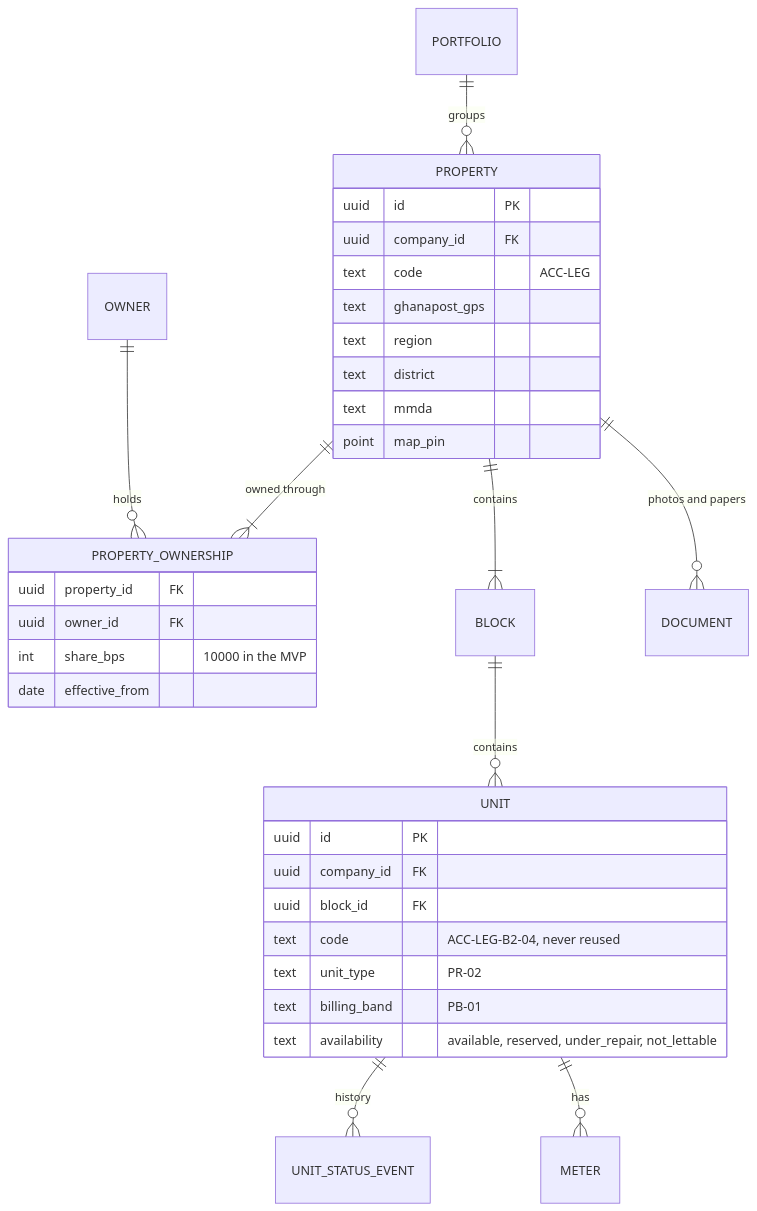
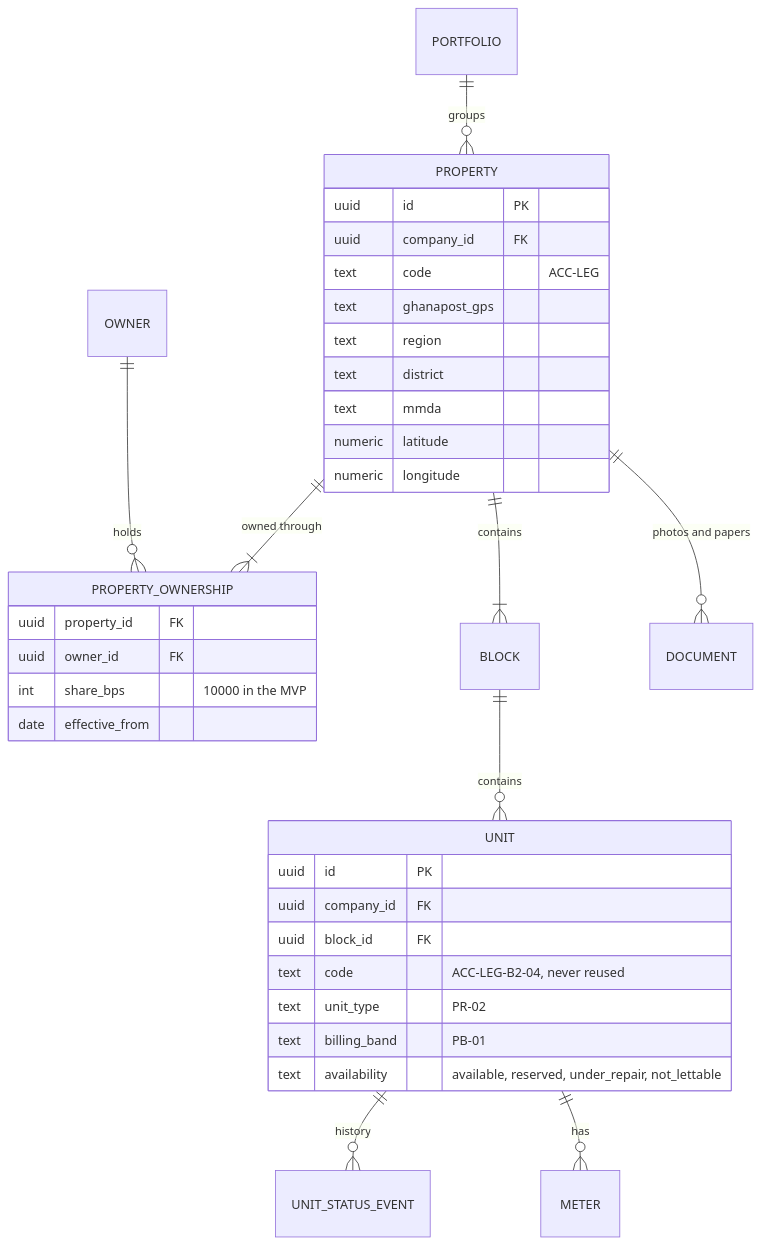
The fourth of 20 diagrams in docs/architecture.md (FrederickOB/rent-management-app), drawn with Mermaid before and after one commit. The commit also changed other lines of this file and 148 other files, not shown here.

````diff
--- a/docs/architecture.md
+++ b/docs/architecture.md
@@ -214,37 +214,38 @@
 ```mermaid
 erDiagram
     OWNER ||--o{ PROPERTY_OWNERSHIP : holds
     PROPERTY ||--|{ PROPERTY_OWNERSHIP : "owned through"
     PORTFOLIO ||--o{ PROPERTY : groups
     PROPERTY ||--|{ BLOCK : contains
     BLOCK ||--o{ UNIT : contains
     UNIT ||--o{ UNIT_STATUS_EVENT : "history"
     UNIT ||--o{ METER : has
     PROPERTY ||--o{ DOCUMENT : "photos and papers"
 
     PROPERTY {
         uuid id PK
         uuid company_id FK
         text code "ACC-LEG"
         text ghanapost_gps
         text region
         text district
         text mmda
-        point map_pin
+        numeric latitude
+        numeric longitude
     }
     UNIT {
         uuid id PK
         uuid company_id FK
         uuid block_id FK
         text code "ACC-LEG-B2-04, never reused"
         text unit_type "PR-02"
         text billing_band "PB-01"
         text availability "available, reserved, under_repair, not_lettable"
     }
     PROPERTY_OWNERSHIP {
         uuid property_id FK
         uuid owner_id FK
         int share_bps "10000 in the MVP"
         date effective_from
     }
 ```
````
